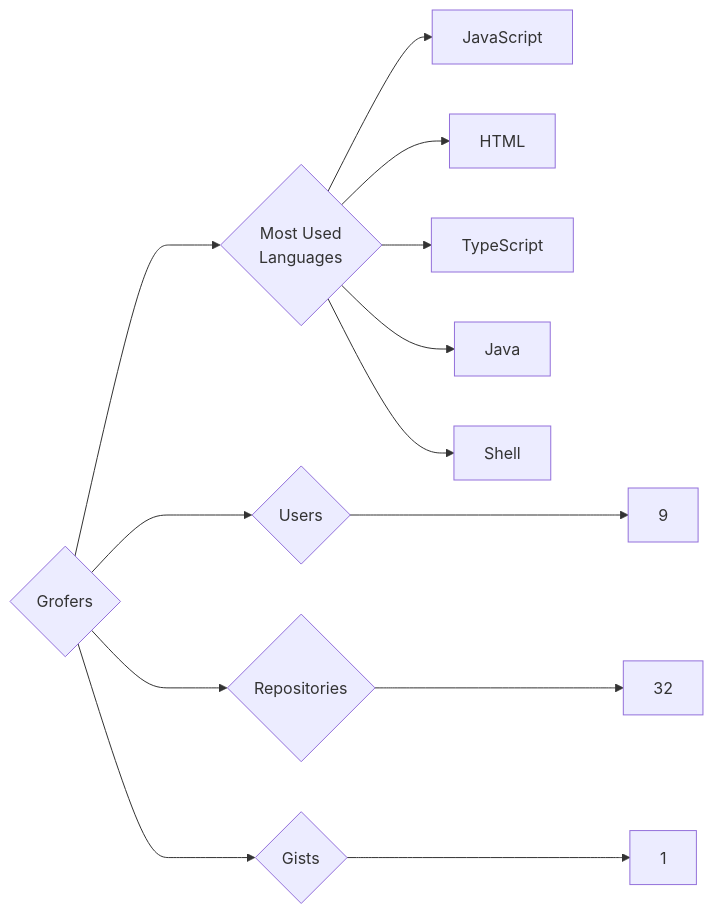
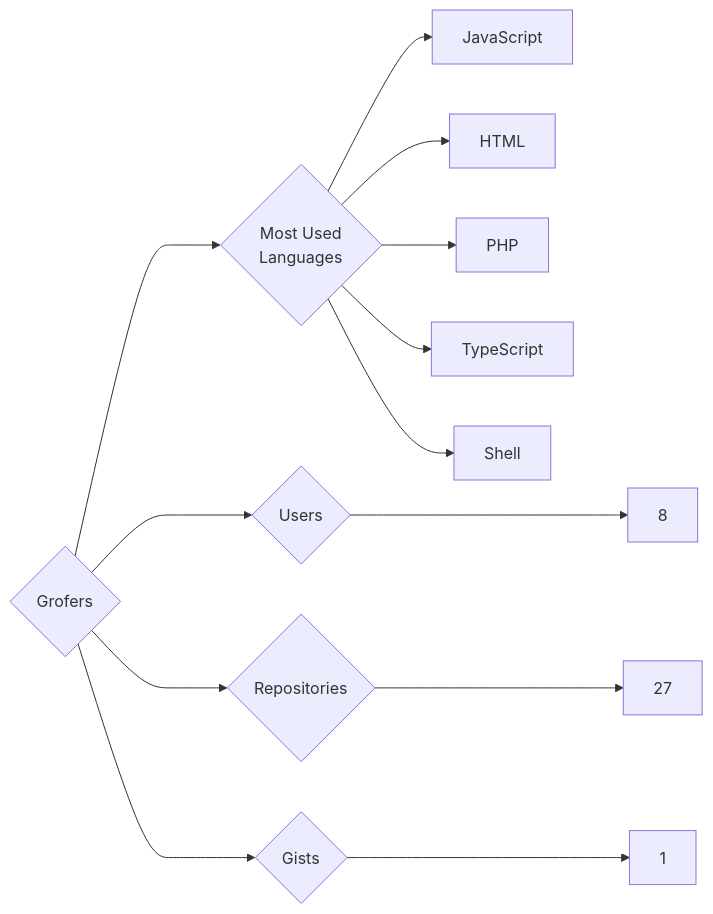
Before and after one commit to trickest/insiders: the diagram in targets/Grofers/README.md, drawn with Mermaid. The commit also changed 1078 other files, not shown here.

````diff
--- a/targets/Grofers/README.md
+++ b/targets/Grofers/README.md
@@ -3,13 +3,13 @@
 ```mermaid
 graph LR
 COMPANY_NAME{Grofers}
-COMPANY_NAME ---> U{Users} ---> UN[9]
-COMPANY_NAME ---> R{Repositories} ---> RN[32]
+COMPANY_NAME ---> U{Users} ---> UN[8]
+COMPANY_NAME ---> R{Repositories} ---> RN[27]
 COMPANY_NAME ---> G{Gists} ---> GN[1]
 COMPANY_NAME ---> ML{Most Used<br>Languages}
 ML --> JavaScript[JavaScript]
 ML --> HTML[HTML]
+ML --> PHP[PHP]
 ML --> TypeScript[TypeScript]
-ML --> Java[Java]
 ML --> Shell[Shell]
 ```
````
